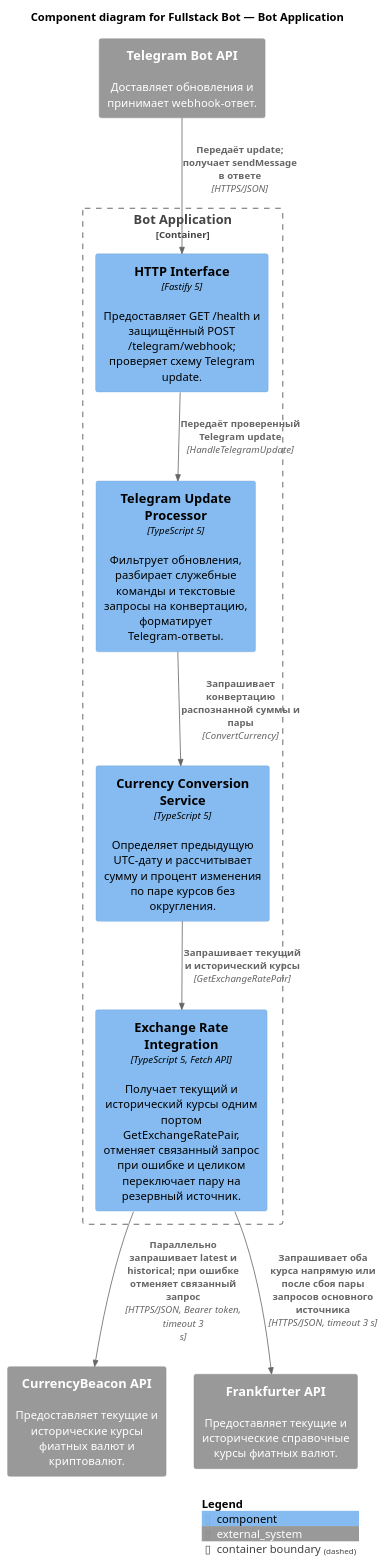
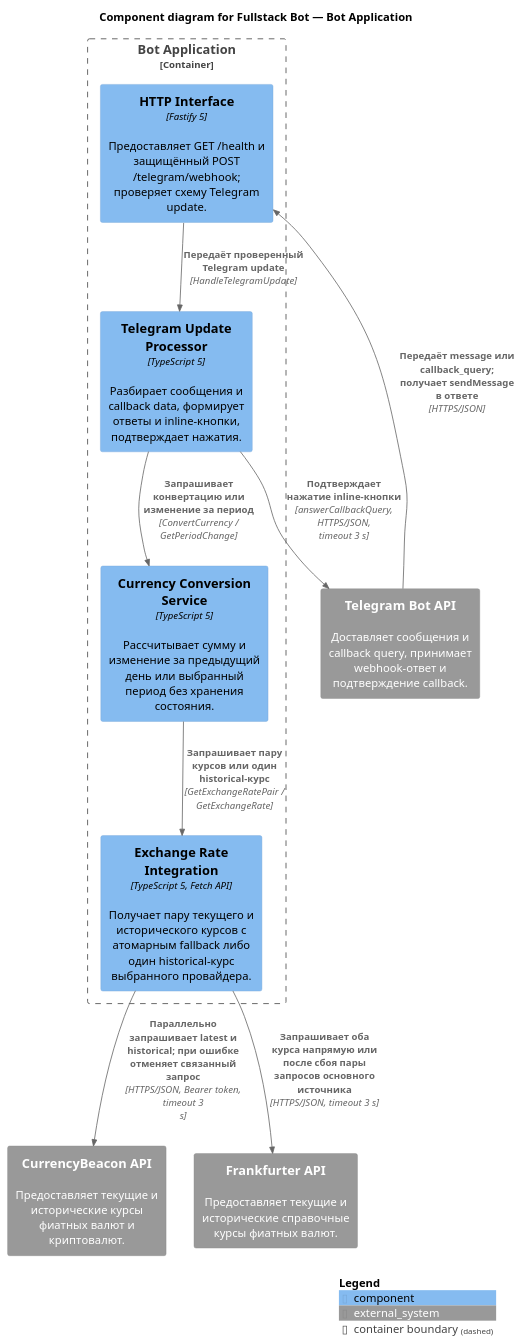
The diagram in docs/architecture/c4-components.puml (yarek-dev/FastestCurrency), drawn with PlantUML before and after one commit. The commit also changed 31 other files, not shown here.

Commit message:
feat: add historical rate period callbacks

```diff
--- a/docs/architecture/c4-components.puml
+++ b/docs/architecture/c4-components.puml
@@ -1,27 +1,28 @@
 @startuml Fullstack Bot - Telegram Bot Service Components
 !include <C4/C4_Component>
 
 title Component diagram for Fullstack Bot — Bot Application
 
 LAYOUT_TOP_DOWN()
 
-System_Ext(telegram, "Telegram Bot API", "Доставляет обновления и принимает webhook-ответ.")
+System_Ext(telegram, "Telegram Bot API", "Доставляет сообщения и callback query, принимает webhook-ответ и подтверждение callback.")
 System_Ext(currency_beacon, "CurrencyBeacon API", "Предоставляет текущие и исторические курсы фиатных валют и криптовалют.")
 System_Ext(frankfurter, "Frankfurter API", "Предоставляет текущие и исторические справочные курсы фиатных валют.")
 
 Container_Boundary(bot_app, "Bot Application") {
   Component(http_interface, "HTTP Interface", "Fastify 5", "Предоставляет GET /health и защищённый POST /telegram/webhook; проверяет схему Telegram update.")
-  Component(update_processor, "Telegram Update Processor", "TypeScript 5", "Фильтрует обновления, разбирает служебные команды и текстовые запросы на конвертацию, форматирует Telegram-ответы.")
-  Component(conversion_service, "Currency Conversion Service", "TypeScript 5", "Определяет предыдущую UTC-дату и рассчитывает сумму и процент изменения по паре курсов без округления.")
-  Component(exchange_rate_integration, "Exchange Rate Integration", "TypeScript 5, Fetch API", "Получает текущий и исторический курсы одним портом GetExchangeRatePair, отменяет связанный запрос при ошибке и целиком переключает пару на резервный источник.")
+  Component(update_processor, "Telegram Update Processor", "TypeScript 5", "Разбирает сообщения и callback data, формирует ответы и inline-кнопки, подтверждает нажатия.")
+  Component(conversion_service, "Currency Conversion Service", "TypeScript 5", "Рассчитывает сумму и изменение за предыдущий день или выбранный период без хранения состояния.")
+  Component(exchange_rate_integration, "Exchange Rate Integration", "TypeScript 5, Fetch API", "Получает пару текущего и исторического курсов с атомарным fallback либо один historical-курс выбранного провайдера.")
 }
 
-Rel(telegram, http_interface, "Передаёт update; получает sendMessage в ответе", "HTTPS/JSON")
+Rel(telegram, http_interface, "Передаёт message или callback_query; получает sendMessage в ответе", "HTTPS/JSON")
 Rel(http_interface, update_processor, "Передаёт проверенный Telegram update", "HandleTelegramUpdate")
-Rel(update_processor, conversion_service, "Запрашивает конвертацию распознанной суммы и пары", "ConvertCurrency")
-Rel(conversion_service, exchange_rate_integration, "Запрашивает текущий и исторический курсы", "GetExchangeRatePair")
+Rel(update_processor, telegram, "Подтверждает нажатие inline-кнопки", "answerCallbackQuery, HTTPS/JSON, timeout 3 s")
+Rel(update_processor, conversion_service, "Запрашивает конвертацию или изменение за период", "ConvertCurrency / GetPeriodChange")
+Rel(conversion_service, exchange_rate_integration, "Запрашивает пару курсов или один historical-курс", "GetExchangeRatePair / GetExchangeRate")
 Rel(exchange_rate_integration, currency_beacon, "Параллельно запрашивает latest и historical; при ошибке отменяет связанный запрос", "HTTPS/JSON, Bearer token, timeout 3 s")
 Rel(exchange_rate_integration, frankfurter, "Запрашивает оба курса напрямую или после сбоя пары запросов основного источника", "HTTPS/JSON, timeout 3 s")
 
 SHOW_LEGEND()
 @enduml
```
